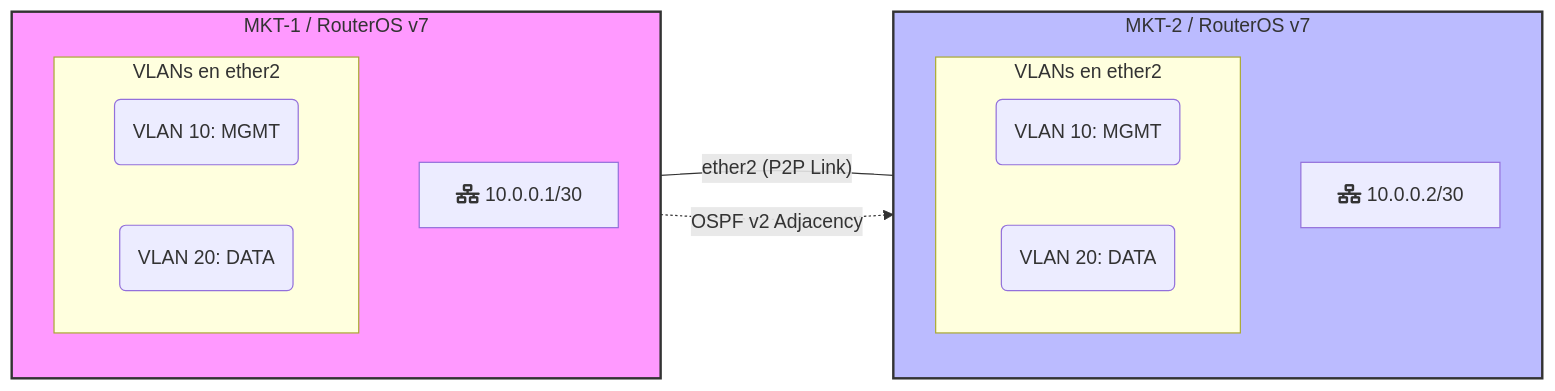
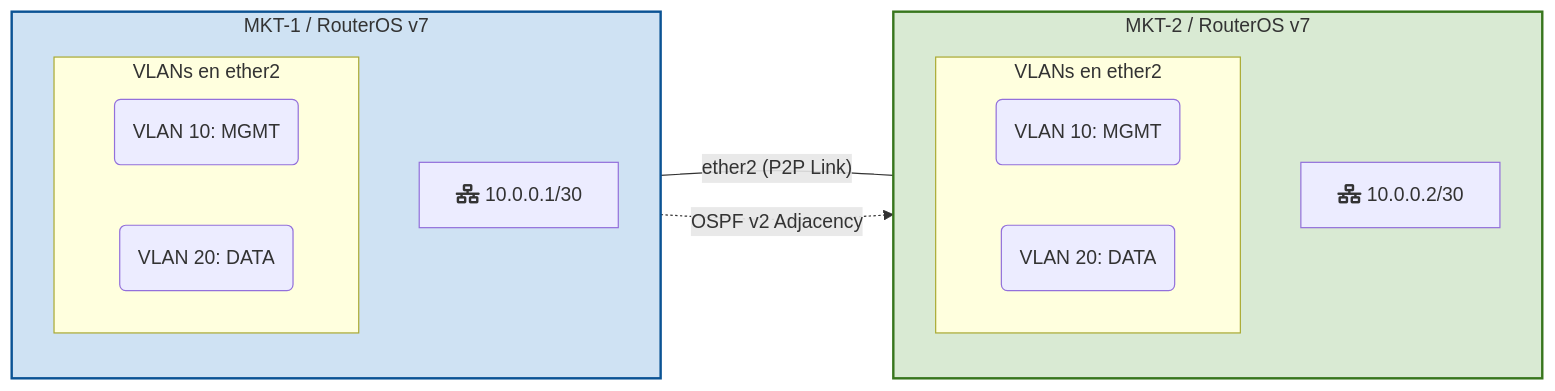
The diagram in lab02-ansible-mikrotik/README.md (ramirotizzian1/network-automation-portfolio), drawn with Mermaid before and after one commit.

Commit message:
docs: improve mermaid diagram colors

````diff
--- a/lab02-ansible-mikrotik/README.md
+++ b/lab02-ansible-mikrotik/README.md
@@ -9,26 +9,26 @@
 ```mermaid
 graph LR
     subgraph MKT1 [MKT-1 / RouterOS v7]
         direction TB
         IP1[fa:fa-network-wired 10.0.0.1/30]
         subgraph VLANs1 [VLANs en ether2]
             V10_1(VLAN 10: MGMT)
             V20_1(VLAN 20: DATA)
         end
     end
 
     subgraph MKT2 [MKT-2 / RouterOS v7]
         direction TB
         IP2[fa:fa-network-wired 10.0.0.2/30]
         subgraph VLANs2 [VLANs en ether2]
             V10_2(VLAN 10: MGMT)
             V20_2(VLAN 20: DATA)
         end
     end
 
     MKT1 -- "ether2 (P2P Link)" --- MKT2
     MKT1 -. "OSPF v2 Adjacency" .-> MKT2
 
-    style MKT1 fill:#f9f,stroke:#333,stroke-width:2px
-    style MKT2 fill:#bbf,stroke:#333,stroke-width:2px
+    style MKT1 fill:#cfe2f3,stroke:#0b5394,stroke-width:2px
+    style MKT2 fill:#d9ead3,stroke:#38761d,stroke-width:2px
 ```
````
